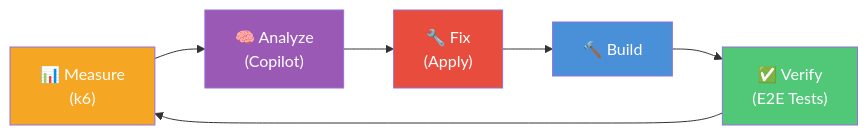
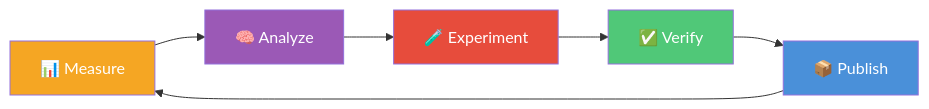
Before and after one commit to J-Bax/Hone: the diagram in README.md, drawn with Mermaid. The commit also changed 1 other file, not shown here.

Commit message:
docs: redesign loop as 5-phase model (MeasureAnalyzeExperimentVerifyPublish)
Cleaner conceptual model:
- Measure: stress-test with k6, capture metrics
- Analyze: agent examines measurements + source, proposes fix
- Experiment: implement the theoretical fix on a branch
- Verify: E2E tests (functional) + stress-test again (performance)
- Publish: structure artifacts, create PR or revert

````diff
--- a/README.md
+++ b/README.md
@@ -7,14 +7,14 @@
 ```mermaid
 graph LR
-    MEASURE["📊 Measure<br/>(k6)"] --> ANALYZE["🧠 Analyze<br/>(Copilot)"]
-    ANALYZE --> FIX["🔧 Fix<br/>(Apply)"]
-    FIX --> BUILD["🔨 Build"]
-    BUILD --> VERIFY["✅ Verify<br/>(E2E Tests)"]
-    VERIFY --> MEASURE
+    MEASURE["📊 Measure"] --> ANALYZE["🧠 Analyze"]
+    ANALYZE --> EXPERIMENT["🧪 Experiment"]
+    EXPERIMENT --> VERIFY["✅ Verify"]
+    VERIFY --> PUBLISH["📦 Publish"]
+    PUBLISH --> MEASURE
 
     style MEASURE fill:#f5a623,color:#fff
     style ANALYZE fill:#9b59b6,color:#fff
-    style FIX fill:#e74c3c,color:#fff
-    style BUILD fill:#4a90d9,color:#fff
+    style EXPERIMENT fill:#e74c3c,color:#fff
     style VERIFY fill:#50c878,color:#fff
+    style PUBLISH fill:#4a90d9,color:#fff
 ```
````
